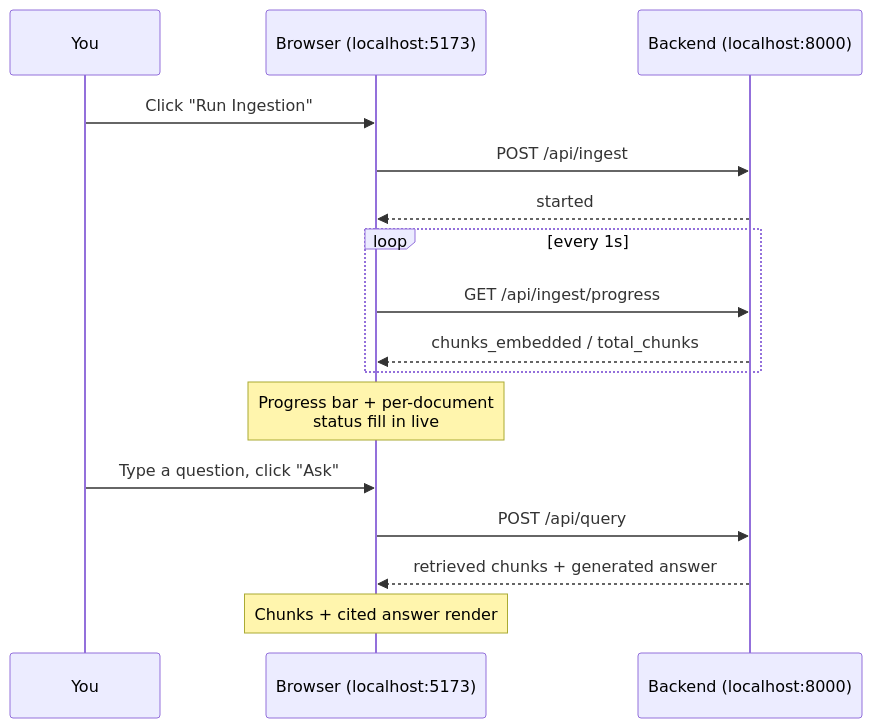
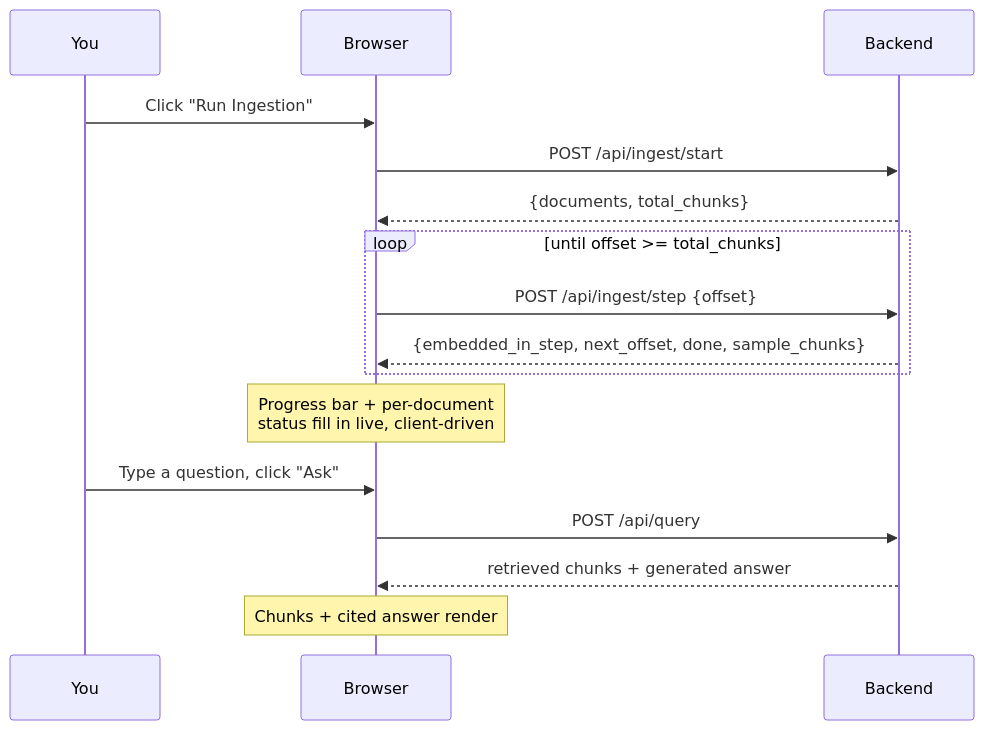
One commit to nitingawali27/rag-knowledge-explorer changed the third of 3 diagrams in README.md. Above: the diagram before and after it, drawn with Mermaid. The commit also changed other lines of this file and 28 other files, not shown here.

````diff
--- a/README.md
+++ b/README.md
@@ -159,20 +159,20 @@
 ```mermaid
 sequenceDiagram
     participant You
-    participant UI as Browser (localhost:5173)
-    participant API as Backend (localhost:8000)
+    participant UI as Browser
+    participant API as Backend
 
     You->>UI: Click "Run Ingestion"
-    UI->>API: POST /api/ingest
-    API-->>UI: started
-    loop every 1s
-        UI->>API: GET /api/ingest/progress
-        API-->>UI: chunks_embedded / total_chunks
+    UI->>API: POST /api/ingest/start
+    API-->>UI: {documents, total_chunks}
+    loop until offset >= total_chunks
+        UI->>API: POST /api/ingest/step {offset}
+        API-->>UI: {embedded_in_step, next_offset, done, sample_chunks}
     end
-    Note over UI: Progress bar + per-document<br/>status fill in live
+    Note over UI: Progress bar + per-document<br/>status fill in live, client-driven
 
     You->>UI: Type a question, click "Ask"
     UI->>API: POST /api/query
     API-->>UI: retrieved chunks + generated answer
     Note over UI: Chunks + cited answer render
 ```
````
